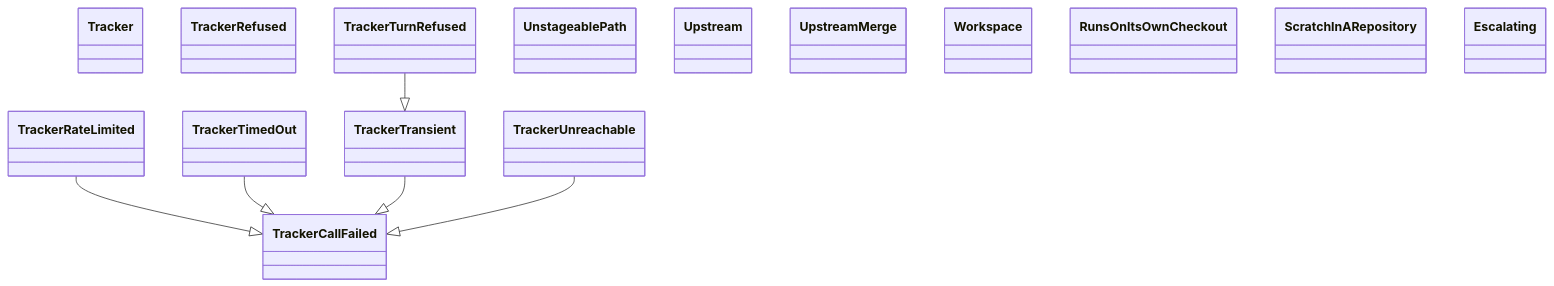
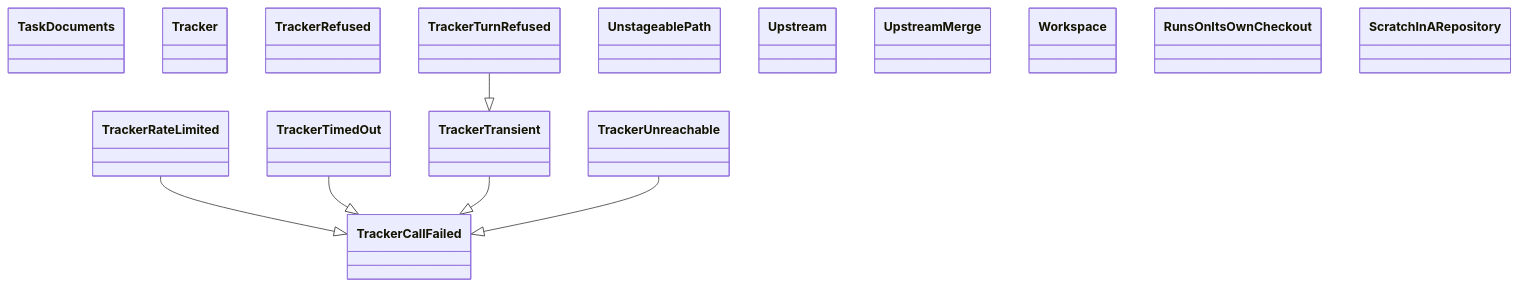
The diagram in docs/architecture/generated/classes-process-application-support-7.md (GonzaloZevallos/agentic-system), drawn with Mermaid before and after one commit. The commit also changed other lines of this file and 3 other files, not shown here.

````diff
--- a/docs/architecture/generated/classes-process-application-support-7.md
+++ b/docs/architecture/generated/classes-process-application-support-7.md
@@ -20,23 +20,23 @@
 ```mermaid
 classDiagram
+    class ports__TaskDocuments["TaskDocuments"]
     class ports__Tracker["Tracker"]
     class ports__TrackerCallFailed["TrackerCallFailed"]
     class ports__TrackerRateLimited["TrackerRateLimited"]
     class ports__TrackerRefused["TrackerRefused"]
     class ports__TrackerTimedOut["TrackerTimedOut"]
     class ports__TrackerTransient["TrackerTransient"]
     class ports__TrackerTurnRefused["TrackerTurnRefused"]
     class ports__TrackerUnreachable["TrackerUnreachable"]
     class ports__UnstageablePath["UnstageablePath"]
     class ports__Upstream["Upstream"]
     class ports__UpstreamMerge["UpstreamMerge"]
     class ports__Workspace["Workspace"]
     class preflight__RunsOnItsOwnCheckout["RunsOnItsOwnCheckout"]
     class preflight__ScratchInARepository["ScratchInARepository"]
-    class run_role__Escalating["Escalating"]
     ports__TrackerRateLimited --|> ports__TrackerCallFailed
     ports__TrackerTimedOut --|> ports__TrackerCallFailed
     ports__TrackerTransient --|> ports__TrackerCallFailed
     ports__TrackerTurnRefused --|> ports__TrackerTransient
     ports__TrackerUnreachable --|> ports__TrackerCallFailed
 ```
````
